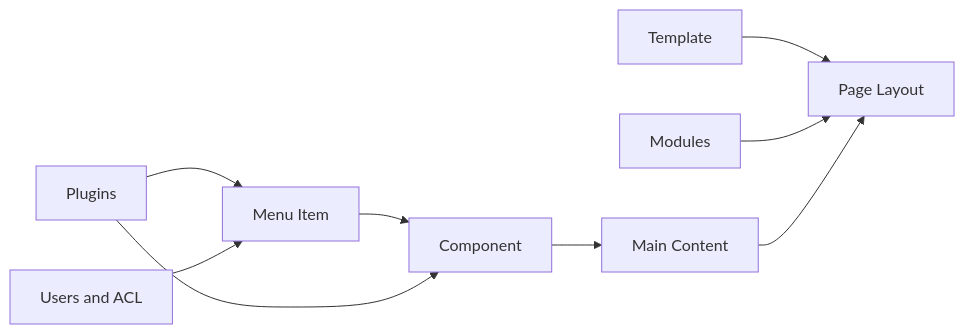
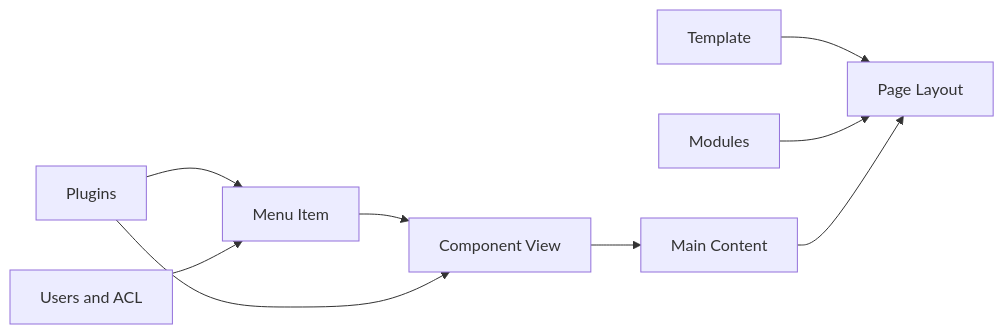
Before and after one commit to duyduyly/php-notebook: the first of 2 diagrams in docs/joomla/learning/backend/joomla-backend-overview.md, drawn with Mermaid. The commit also changed other lines of this file, not shown here.

````diff
--- a/docs/joomla/learning/backend/joomla-backend-overview.md
+++ b/docs/joomla/learning/backend/joomla-backend-overview.md
@@ -24,11 +24,11 @@
 ```mermaid
 flowchart LR
-    A[Menu Item] --> B[Component]
+    A[Menu Item] --> B[Component View]
     B --> C[Main Content]
     D[Template] --> E[Page Layout]
     F[Modules] --> E
     C --> E
     G[Plugins] --> A
     G --> B
     H[Users and ACL] --> A
 ```
````
